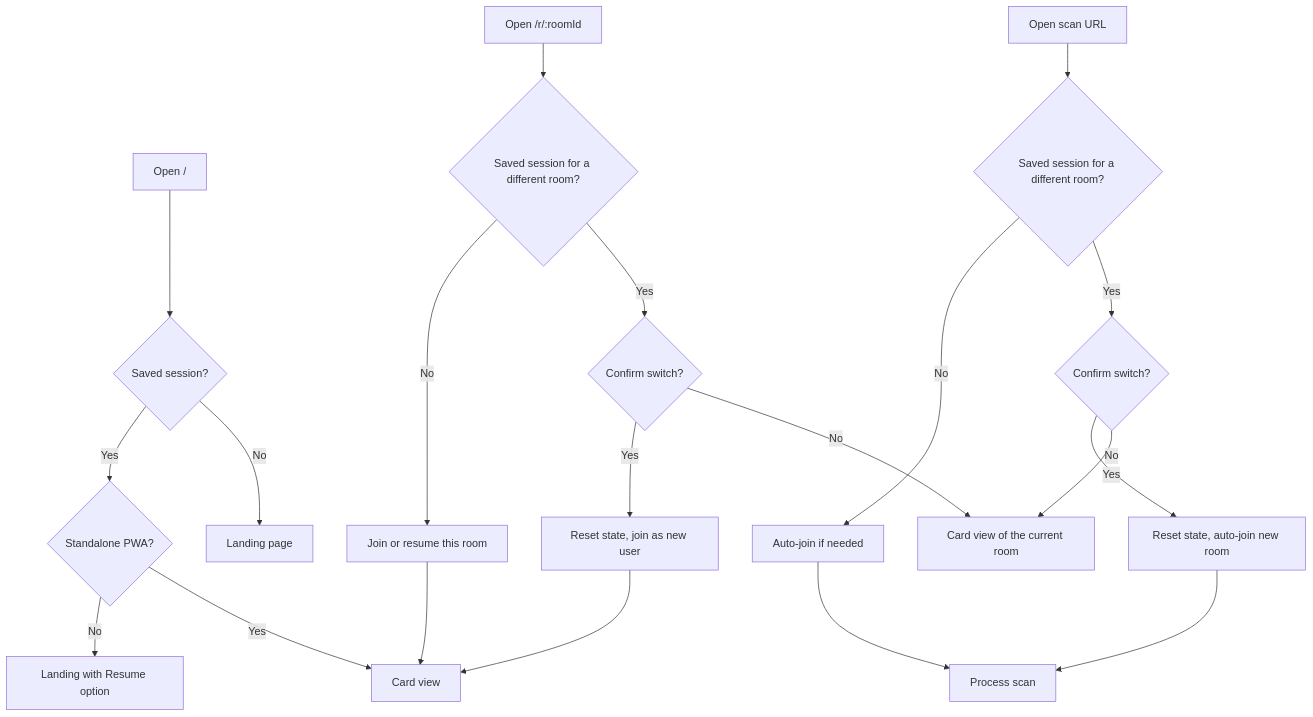
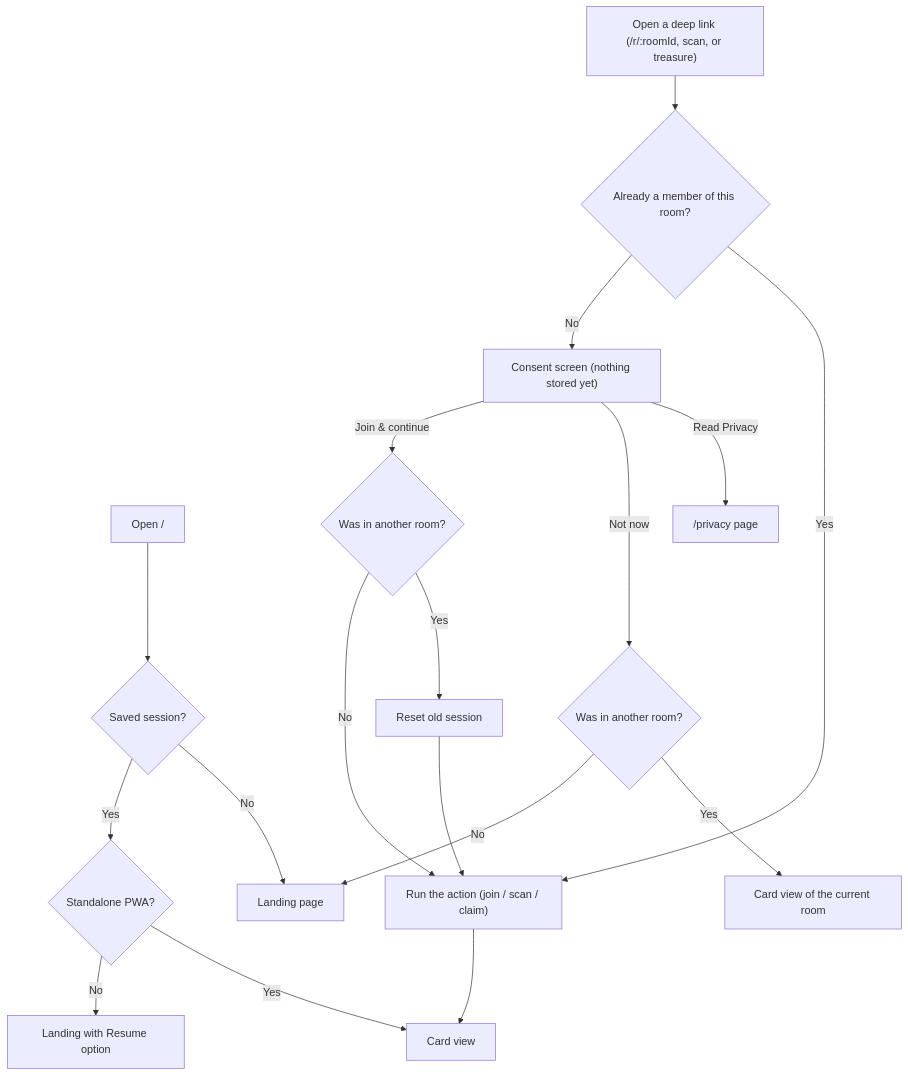
The first of 8 diagrams in docs/flows.md (vhiribarren/qrmeet), drawn with Mermaid before and after one commit. The commit also changed other lines of this file and 13 other files, not shown here.

Commit message:
privacy: add privacy page and form consent

````diff
--- a/docs/flows.md
+++ b/docs/flows.md
@@ -11,20 +11,19 @@
 ```mermaid
 graph TD
     Root["Open /"] --> RootSaved{Saved session?}
     RootSaved -- No --> Landing[Landing page]
     RootSaved -- Yes --> RootMode{Standalone PWA?}
     RootMode -- Yes --> Card[Card view]
     RootMode -- No --> LandingResume[Landing with Resume option]
 
-    RoomUrl["Open /r/:roomId"] --> RoomDiff{Saved session for a different room?}
-    RoomDiff -- Yes --> RoomConfirm{Confirm switch?}
-    RoomConfirm -- No --> CardOld[Card view of the current room]
-    RoomConfirm -- Yes --> RoomJoin[Reset state, join as new user] --> Card
-    RoomDiff -- No --> RoomSame[Join or resume this room] --> Card
-
-    ScanUrl[Open scan URL] --> ScanDiff{Saved session for a different room?}
-    ScanDiff -- Yes --> ScanConfirm{Confirm switch?}
-    ScanConfirm -- No --> CardOld
-    ScanConfirm -- Yes --> ScanSwitch[Reset state, auto-join new room] --> Scan[Process scan]
-    ScanDiff -- No --> ScanJoin[Auto-join if needed] --> Scan
+    Deep["Open a deep link (/r/:roomId, scan, or treasure)"] --> Member{Already a member of this room?}
+    Member -- Yes --> Action["Run the action (join / scan / claim)"] --> Card
+    Member -- No --> Consent["Consent screen (nothing stored yet)"]
+    Consent -- "Read Privacy" --> Privacy["/privacy page"]
+    Consent -- "Not now" --> Restore{Was in another room?}
+    Restore -- Yes --> CardOld[Card view of the current room]
+    Restore -- No --> Landing
+    Consent -- "Join & continue" --> Switch{Was in another room?}
+    Switch -- Yes --> Reset["Reset old session"] --> Action
+    Switch -- No --> Action
 ```
````
